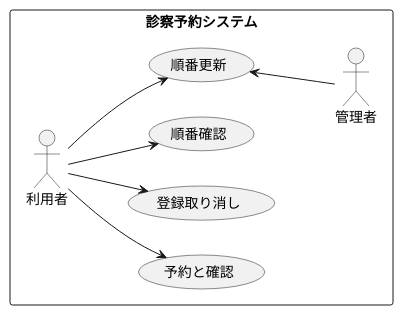
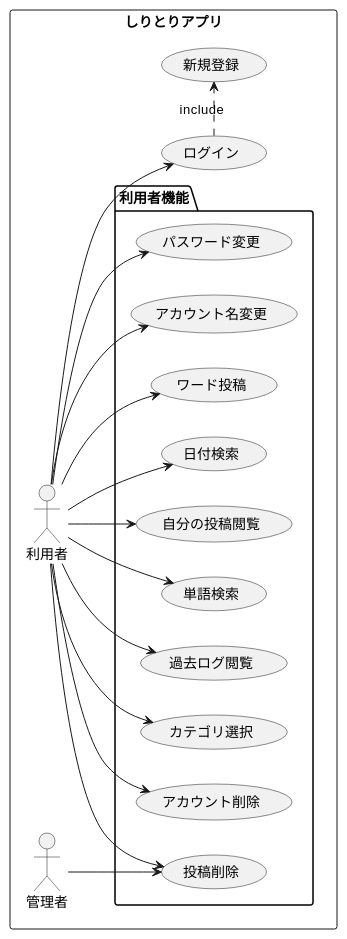
One commit to hitokin/uml_introduction changed the diagram in 演習６/演習6-3_ユースケース図_診察予約システム.pu. Above: the diagram before and after it, drawn with PlantUML.

```diff
--- a/演習６/演習6-3_ユースケース図_診察予約システム.pu
+++ b/演習６/演習6-3_ユースケース図_診察予約システム.pu
@@ -1,21 +1,57 @@
 @startuml ユースケース図
+' left to right direction
+' rectangle 診察予約システム {
+'     actor 利用者
+'     actor 管理者
+
+'     usecase 予約と確認
+'     usecase 登録取り消し
+'     usecase 順番確認
+'     usecase 順番更新
+
+
+'     利用者 --> 予約と確認
+'     利用者 --> 順番確認
+'     利用者 --> 登録取り消し
+'     利用者 --> 順番更新
+
+'     順番更新 <-- 管理者  
+' }
+
 left to right direction
-rectangle 診察予約システム {
+rectangle しりとりアプリ {
     actor 利用者
     actor 管理者
 
-    usecase 予約と確認
-    usecase 登録取り消し
-    usecase 順番確認
-    usecase 順番更新
+    usecase 新規登録
+    usecase ログイン
 
-
-    利用者 --> 予約と確認
-    利用者 --> 順番確認
-    利用者 --> 登録取り消し
-    利用者 --> 順番更新
-
-    順番更新 <-- 管理者  
+    ログイン .> 新規登録 : include
+    利用者 --> ログイン
+    package 利用者機能{
+    usecase ワード投稿
+    usecase アカウント名変更
+    usecase パスワード変更
+    usecase アカウント削除
+    usecase カテゴリ選択
+    usecase 過去ログ閲覧
+    usecase 単語検索
+    usecase 自分の投稿閲覧
+    usecase 投稿削除
+    usecase 日付検索
+        利用者 --> 日付検索
+        利用者 --> ワード投稿
+        利用者 --> アカウント名変更
+        利用者 --> パスワード変更
+        利用者 --> アカウント削除
+        利用者 --> カテゴリ選択
+        利用者 --> 過去ログ閲覧
+        利用者 --> 単語検索
+        利用者 --> 自分の投稿閲覧
+        利用者 --> 投稿削除
+    }
+        管理者--> 投稿削除
+  
 }
 
 @enduml
```
